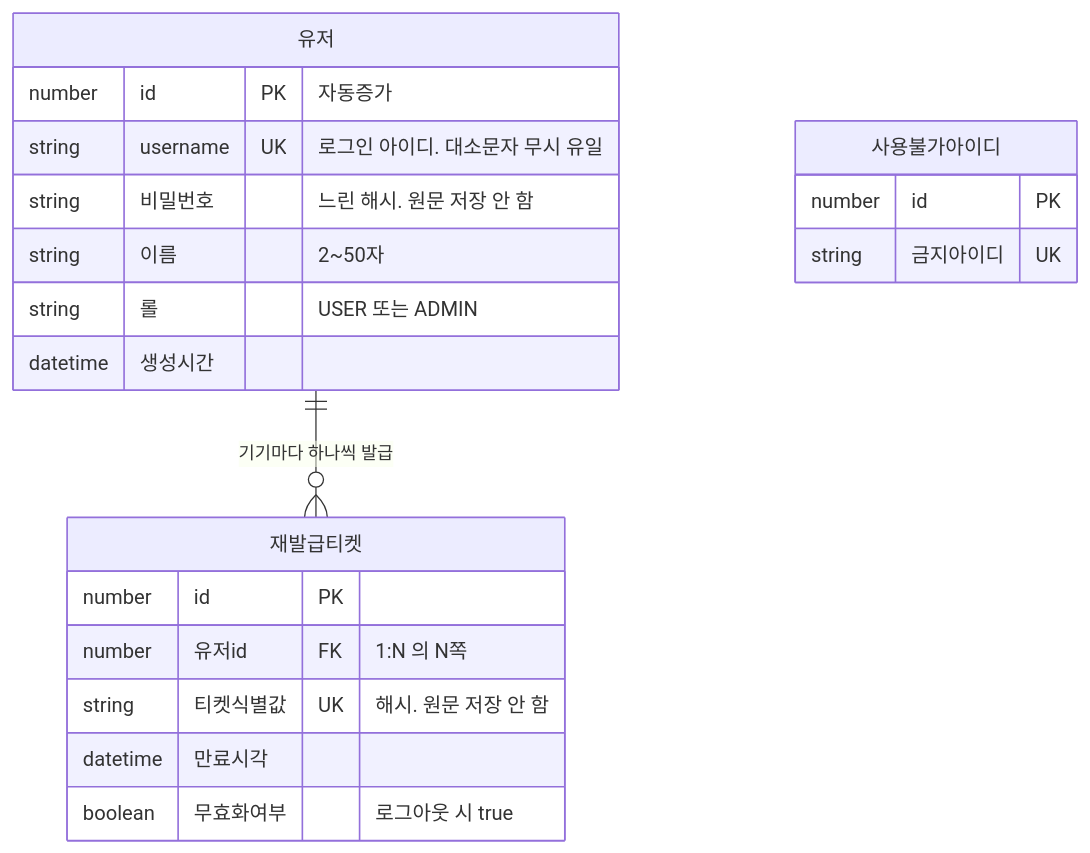
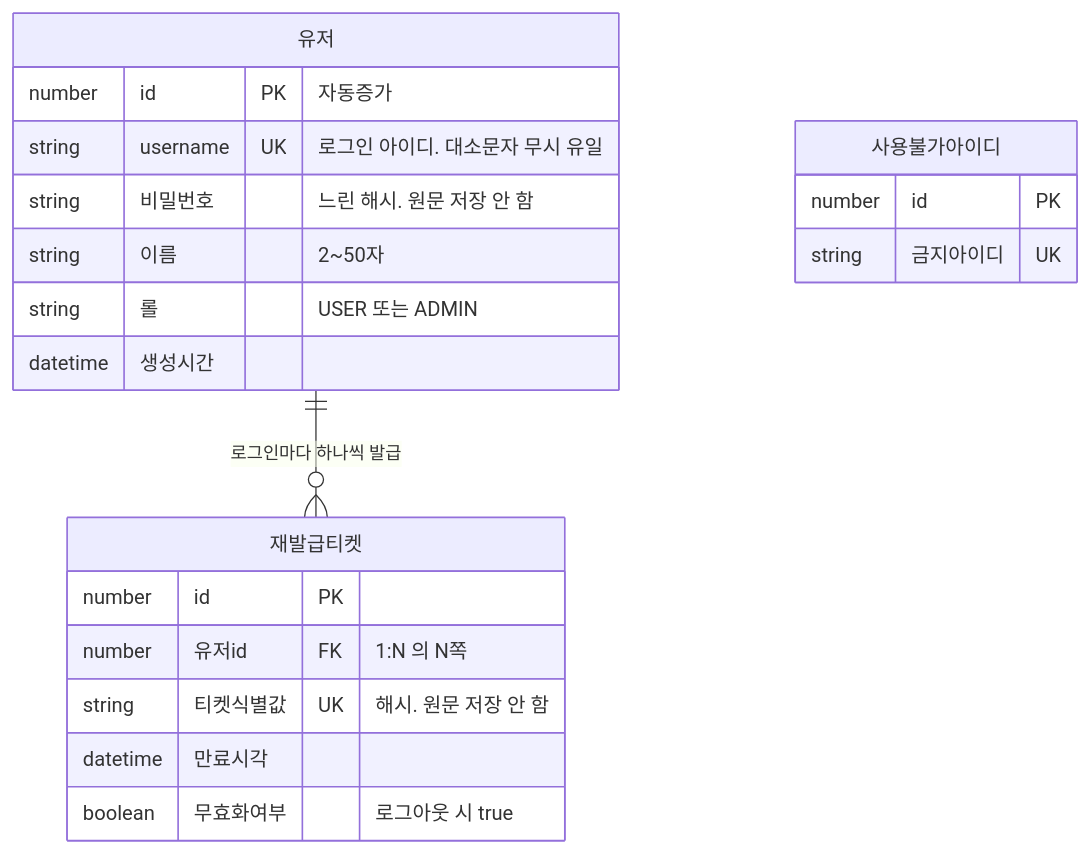
The diagram in specs/data-model.md (yujinimda/ebstudy-portal), drawn with Mermaid before and after one commit. The commit also changed other lines of this file and 3 other files, not shown here.

````diff
--- a/specs/data-model.md
+++ b/specs/data-model.md
@@ -322,26 +365,26 @@
 ```mermaid
 erDiagram
-    유저 ||--o{ 재발급티켓 : "기기마다 하나씩 발급"
+    유저 ||--o{ 재발급티켓 : "로그인마다 하나씩 발급"
 
     유저 {
         number id PK "자동증가"
         string username UK "로그인 아이디. 대소문자 무시 유일"
         string 비밀번호 "느린 해시. 원문 저장 안 함"
         string 이름 "2~50자"
         string 롤 "USER 또는 ADMIN"
         datetime 생성시간
     }
 
     재발급티켓 {
         number id PK
         number 유저id FK "1:N 의 N쪽"
         string 티켓식별값 UK "해시. 원문 저장 안 함"
         datetime 만료시각
         boolean 무효화여부 "로그아웃 시 true"
     }
 
     사용불가아이디 {
         number id PK
         string 금지아이디 UK
     }
 ```
````
